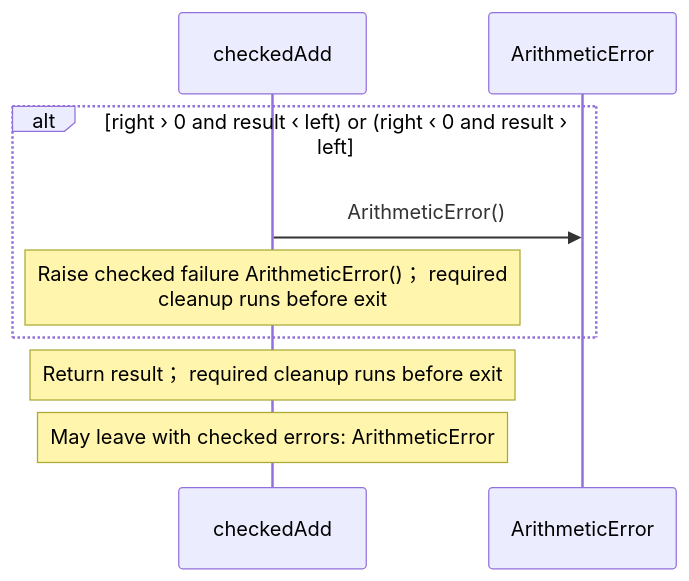
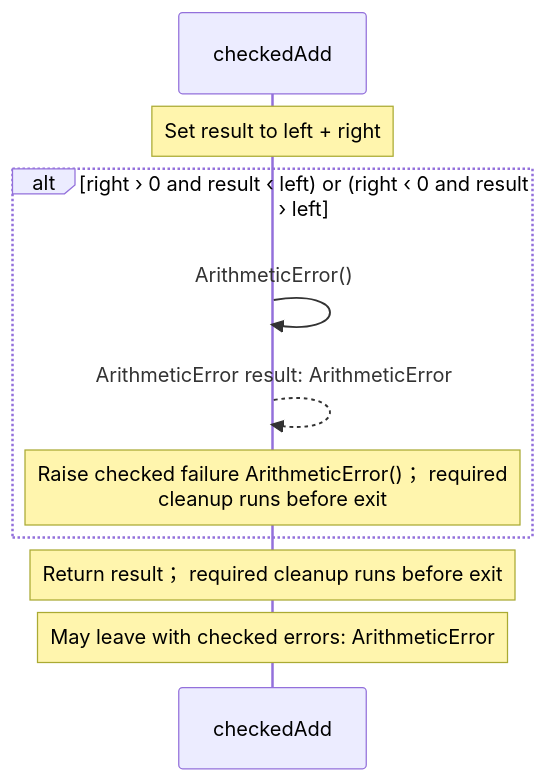
Before and after one commit to GreenPandaStudios/augscript: the first of 7 diagrams in src/stdlib/math/integers.aug.diagrams.md, drawn with Mermaid. The commit also changed other lines of this file and 304 other files, not shown here.

Commit message:
Make generated data-flow sequences concise and review every diagram

````diff
--- a/src/stdlib/math/integers.aug.diagrams.md
+++ b/src/stdlib/math/integers.aug.diagrams.md
@@ -33,11 +18,13 @@
 ```mermaid
 sequenceDiagram
     participant p0 as checkedAdd
-    participant p1 as ArithmeticError
+
+    Note over p0: Set result to left + right
     alt right › 0 and result ‹ left) or (right ‹ 0 and result › left
-    p0->>p1: ArithmeticError()
+    p0->>p0: ArithmeticError()
+    p0-->>p0: ArithmeticError result: ArithmeticError
     Note over p0: Raise checked failure ArithmeticError()； required<br/>cleanup runs before exit
     end
     Note over p0: Return result； required cleanup runs before exit
     Note over p0: May leave with checked errors: ArithmeticError
 ```
````
